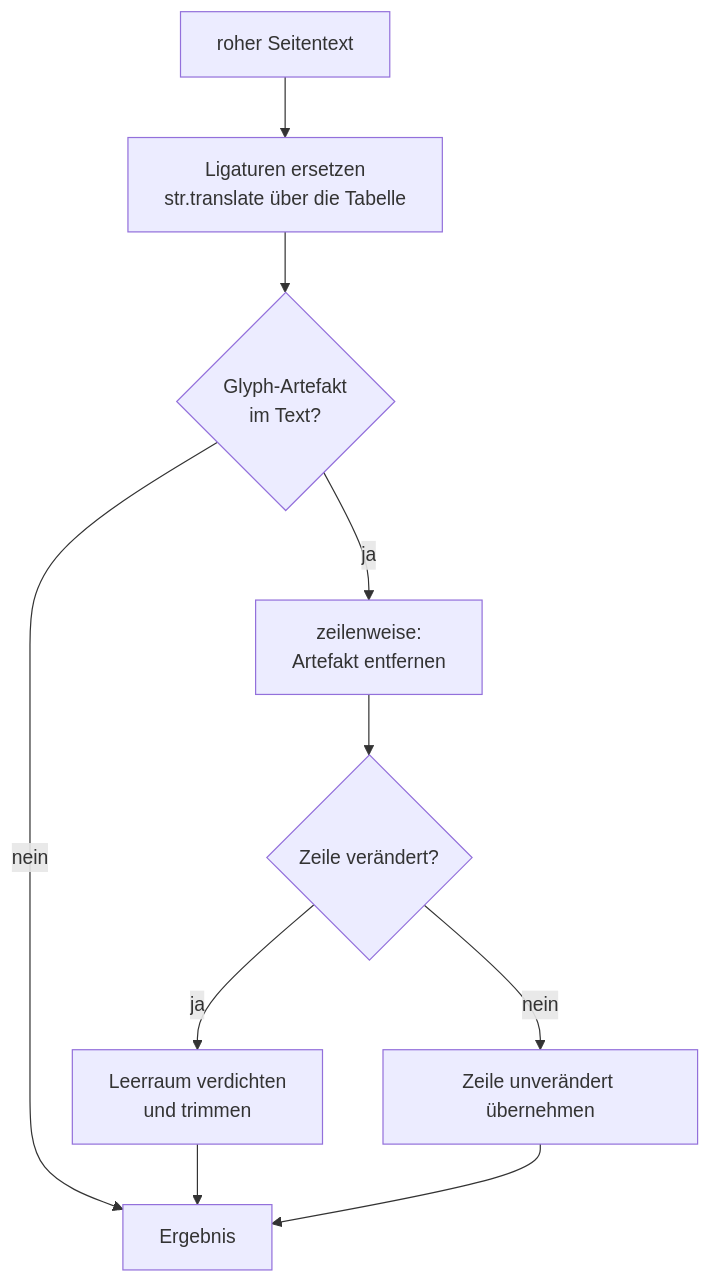
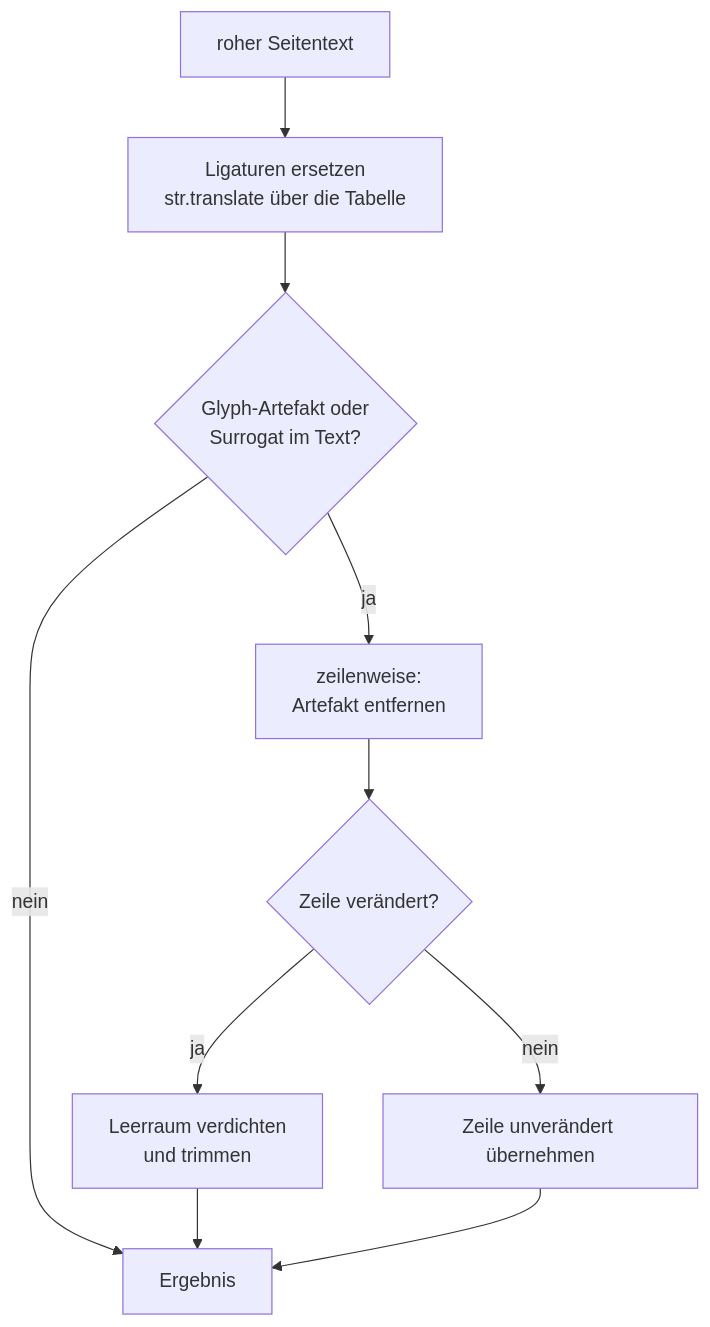
One commit to MomoEngineer/research-graphrag changed the first of 2 diagrams in src/research_graphrag/extraction/doc/normalization.md. Above: the diagram before and after it, drawn with Mermaid. The commit also changed other lines of this file and 5 other files, not shown here.

````diff
--- a/src/research_graphrag/extraction/doc/normalization.md
+++ b/src/research_graphrag/extraction/doc/normalization.md
@@ -32,12 +37,12 @@
 ```mermaid
 flowchart TD
     A["roher Seitentext"] --> B["Ligaturen ersetzen<br/>str.translate über die Tabelle"]
-    B --> C{"Glyph-Artefakt<br/>im Text?"}
+    B --> C{"Glyph-Artefakt oder<br/>Surrogat im Text?"}
     C -- nein --> OUT["Ergebnis"]
     C -- ja --> D["zeilenweise:<br/>Artefakt entfernen"]
     D --> E{"Zeile verändert?"}
     E -- ja --> F["Leerraum verdichten<br/>und trimmen"]
     E -- nein --> G["Zeile unverändert übernehmen"]
     F --> OUT
     G --> OUT
 ```
````
